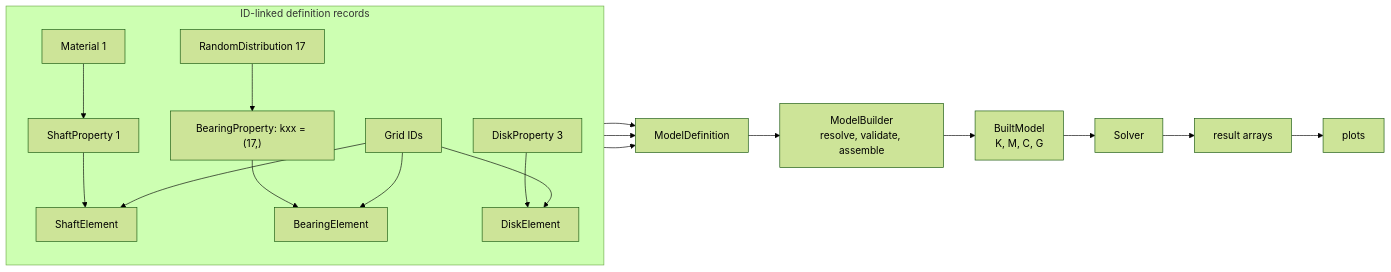
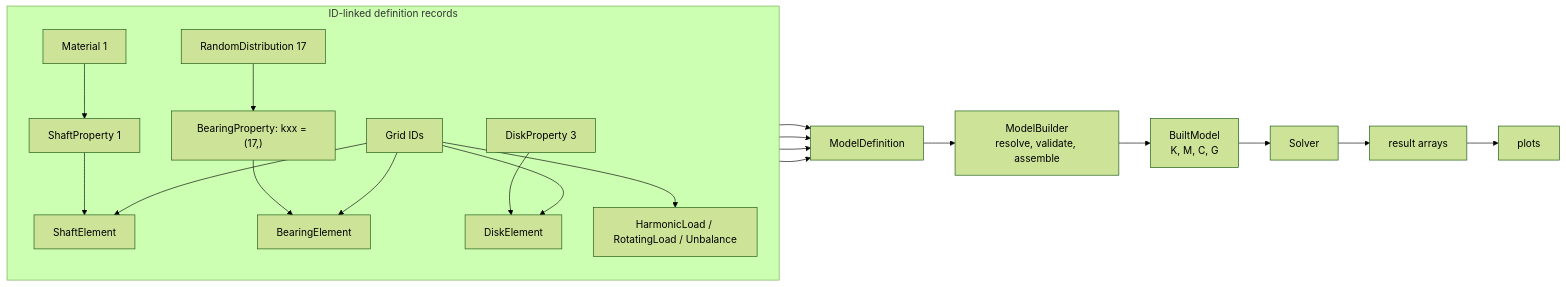
Before and after one commit to davidepisu9723/spinniped: the diagram in doc/user-manual/02_model_definition.md, drawn with Mermaid (forest theme). The commit also changed other lines of this file and 10 other files, not shown here.

````diff
--- a/doc/user-manual/02_model_definition.md
+++ b/doc/user-manual/02_model_definition.md
@@ -31,23 +33,25 @@
 ```mermaid
 flowchart LR
     subgraph records["ID-linked definition records"]
         direction TB
         material["Material 1"] --> shaft_property["ShaftProperty 1"]
         shaft_property --> shaft_element["ShaftElement"]
         distribution["RandomDistribution 17"] --> bearing_property["BearingProperty: kxx = (17,)"]
         bearing_property --> bearing_element["BearingElement"]
         disk_property["DiskProperty 3"] --> disk_element["DiskElement"]
         grids["Grid IDs"] --> shaft_element
         grids --> bearing_element
         grids --> disk_element
+        grids --> loads["HarmonicLoad / RotatingLoad / Unbalance"]
     end
 
     shaft_element --> definition["ModelDefinition"]
     bearing_element --> definition
     disk_element --> definition
+    loads --> definition
     definition --> builder["ModelBuilder<br/>resolve, validate, assemble"]
     builder --> built["BuiltModel<br/>K, M, C, G"]
     built --> solver["Solver"]
     solver --> result["result arrays"]
     result --> plots["plots"]
 ```
````
